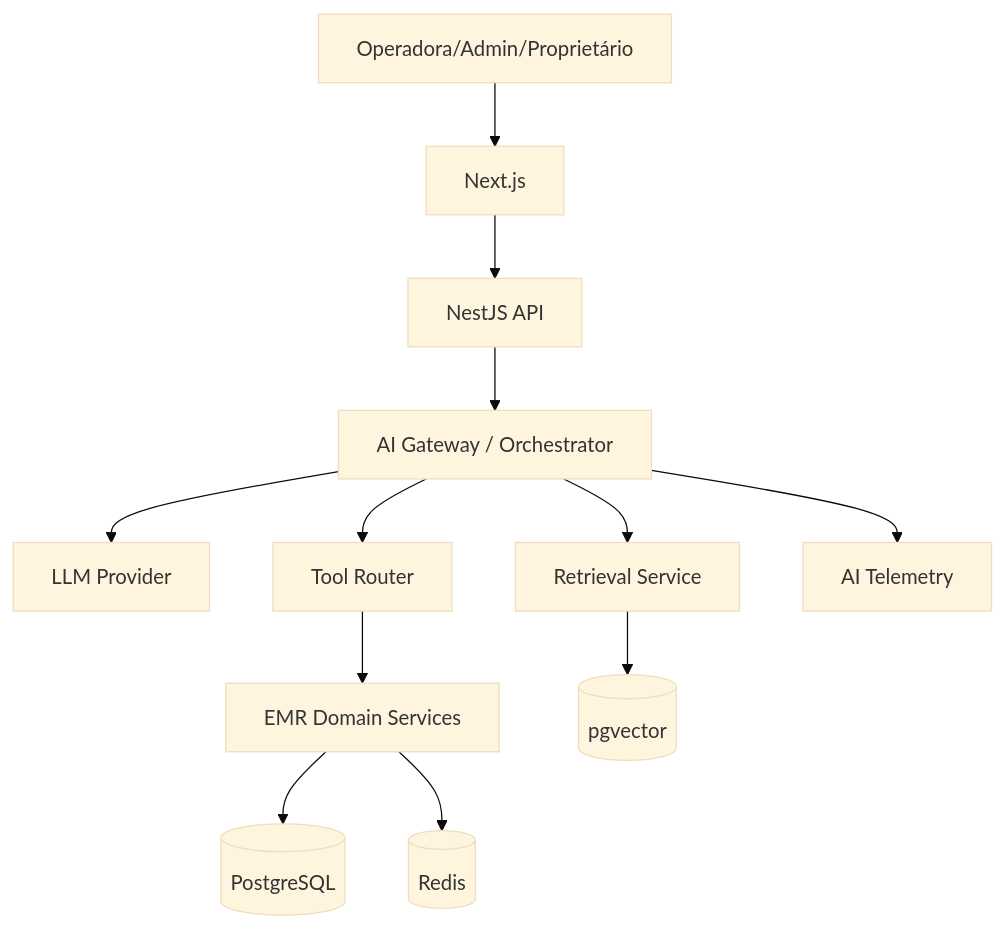
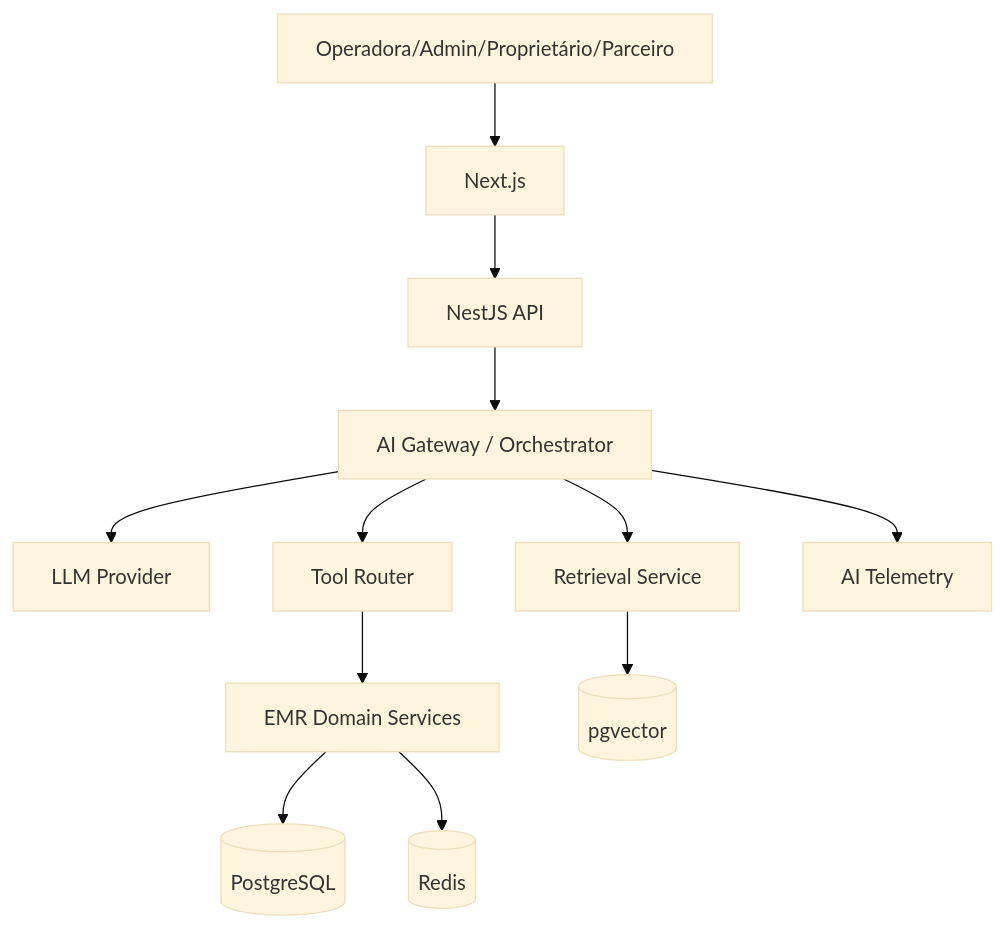
Before and after one commit to fernandaquerino/emr-despachante: the diagram in docs/ai/AI_ARCHITECTURE.md, drawn with Mermaid (base theme). The commit also changed other lines of this file and 30 other files, not shown here.

````diff
--- a/docs/ai/AI_ARCHITECTURE.md
+++ b/docs/ai/AI_ARCHITECTURE.md
@@ -5,14 +5,14 @@
 ```mermaid
 flowchart TD
-    U[Operadora/Admin/Proprietário] --> WEB[Next.js]
+    U[Operadora/Admin/Proprietário/Parceiro] --> WEB[Next.js]
     WEB --> API[NestJS API]
     API --> AIG[AI Gateway / Orchestrator]
     AIG --> LLM[LLM Provider]
     AIG --> TOOLS[Tool Router]
     TOOLS --> CORE[EMR Domain Services]
     CORE --> DB[(PostgreSQL)]
     CORE --> REDIS[(Redis)]
     AIG --> RET[Retrieval Service]
     RET --> VEC[(pgvector)]
     AIG --> OTel[AI Telemetry]
 ```
````
